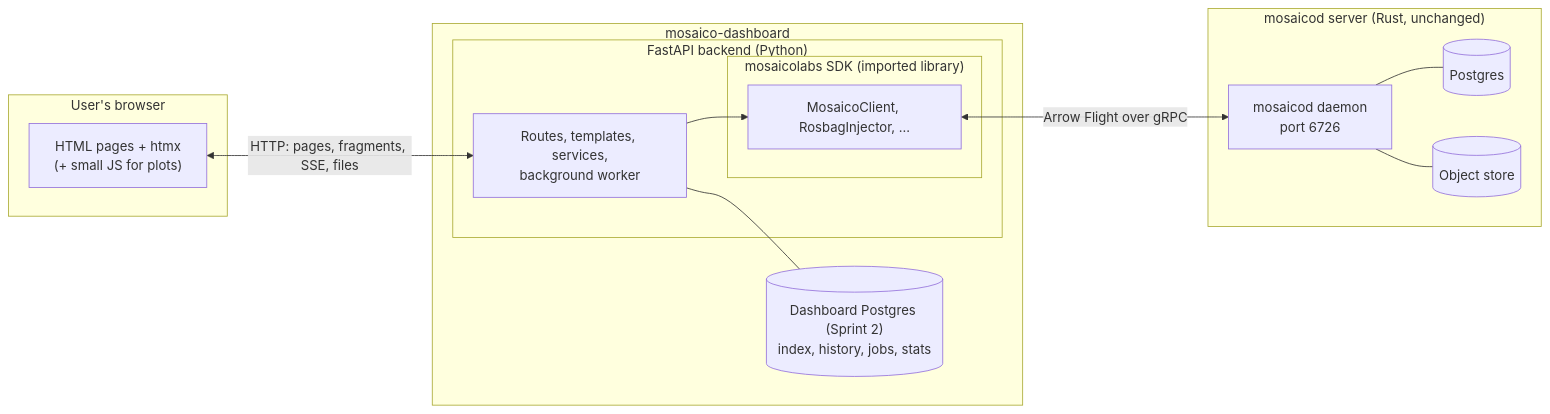
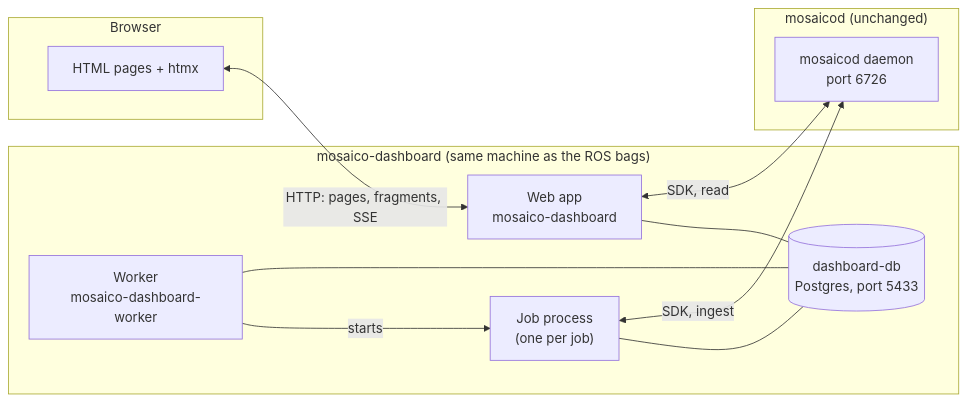
One commit to abhisheknannuri/mosaico changed the second of 8 diagrams in mosaico-dashboard/docs/architecture.md. Above: the diagram before and after it, drawn with Mermaid. The commit also changed other lines of this file and 43 other files, not shown here.

````diff
--- a/mosaico-dashboard/docs/architecture.md
+++ b/mosaico-dashboard/docs/architecture.md
@@ -32,29 +31,25 @@
 ```mermaid
 flowchart LR
-    subgraph BROWSER["User's browser"]
-        UI["HTML pages + htmx<br/>(+ small JS for plots)"]
+    subgraph BROWSER["Browser"]
+        UI["HTML pages + htmx"]
     end
 
-    subgraph DASH["mosaico-dashboard"]
-        subgraph API["FastAPI backend (Python)"]
-            ROUTES["Routes, templates, services,<br/>background worker"]
-            subgraph LIB["mosaicolabs SDK (imported library)"]
-                SDK2["MosaicoClient, RosbagInjector, ..."]
-            end
-            ROUTES --> SDK2
-        end
-        DDB[("Dashboard Postgres (Sprint 2)<br/>index, history, jobs, stats")]
-        ROUTES --- DDB
+    subgraph DASH["mosaico-dashboard (same machine as the ROS bags)"]
+        WEB["Web app<br/>mosaico-dashboard"]
+        WORKER["Worker<br/>mosaico-dashboard-worker"]
+        CHILD["Job process<br/>(one per job)"]
+        DDB[("dashboard-db<br/>Postgres, port 5433")]
+        WORKER -->|starts| CHILD
+        WEB --- DDB
+        WORKER --- DDB
+        CHILD --- DDB
     end
 
-    subgraph SERVER2["mosaicod server (Rust, unchanged)"]
+    subgraph SERVER2["mosaicod (unchanged)"]
         D2["mosaicod daemon<br/>port 6726"]
-        PG2[("Postgres")]
-        S32[("Object store")]
-        D2 --- PG2
-        D2 --- S32
     end
 
-    UI <-->|"HTTP: pages, fragments, SSE, files"| ROUTES
-    SDK2 <-->|"Arrow Flight over gRPC"| D2
+    UI <-->|"HTTP: pages, fragments, SSE"| WEB
+    WEB <-->|"SDK, read"| D2
+    CHILD <-->|"SDK, ingest"| D2
 ```
````
